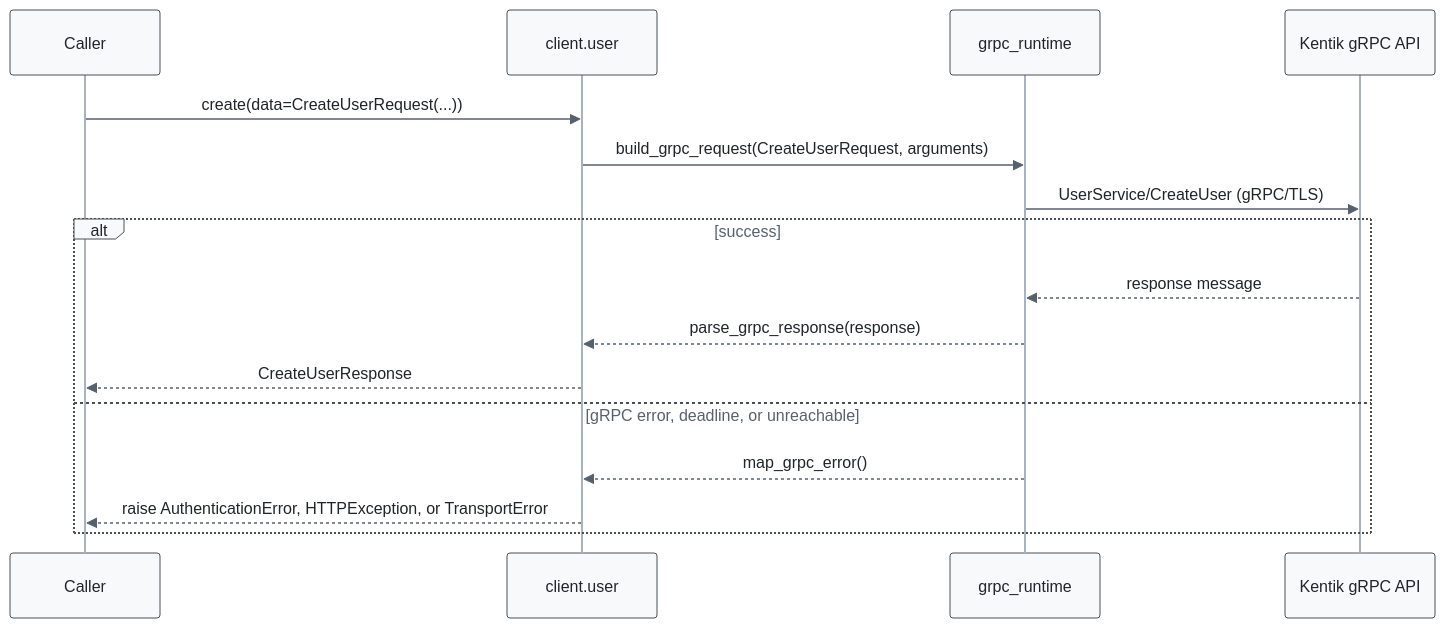
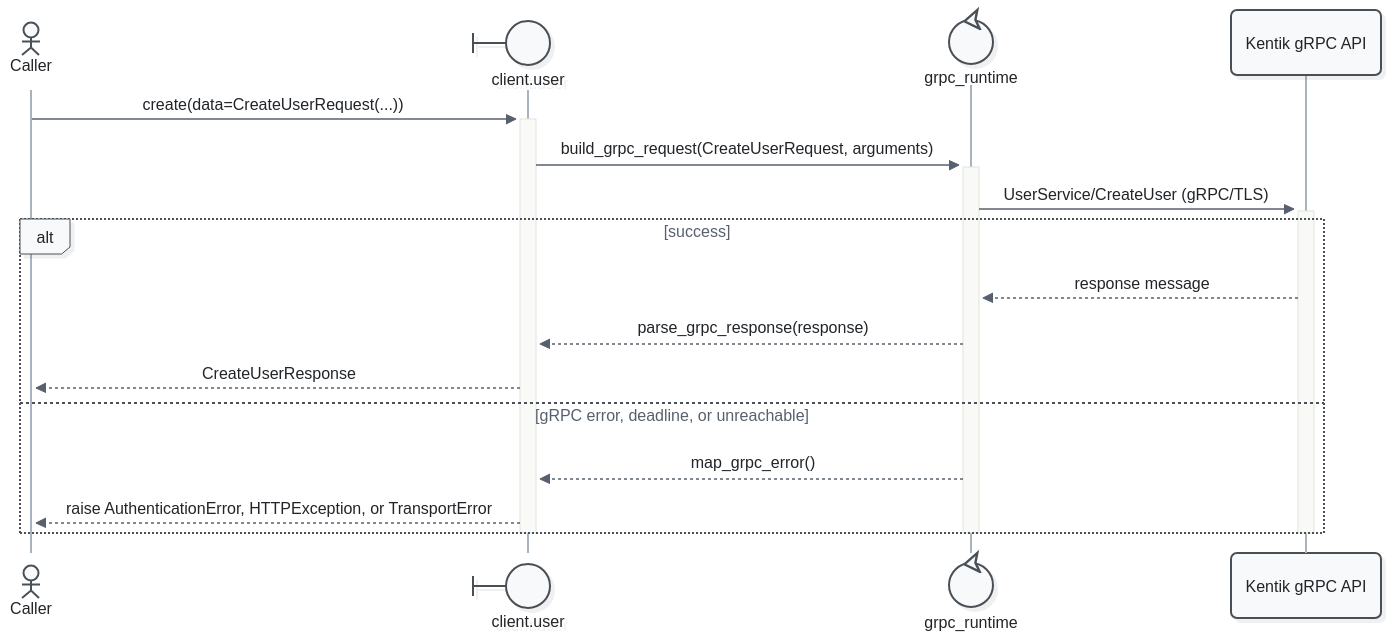
One commit to alexdearaujo/community_sdk_python changed the fourth of 15 diagrams in docs/sphinx/services/user.md. Above: the diagram before and after it, drawn with Mermaid. The commit also changed other lines of this file and 52 other files, not shown here.

First line of the commit message:
docs: Mermaid 12 sequence diagrams with participant types and path colors

````diff
--- a/docs/sphinx/services/user.md
+++ b/docs/sphinx/services/user.md
@@ -125,20 +132,23 @@
 ```mermaid
-%%{init: {"theme": "base", "fontFamily": "ui-monospace, SFMono-Regular, Menlo, monospace", "themeVariables": {"fontFamily": "ui-monospace, SFMono-Regular, Menlo, monospace", "primaryColor": "#f8f9fa", "primaryBorderColor": "#495057", "primaryTextColor": "#212529", "textColor": "#212529", "lineColor": "#77818c", "edgeLabelBackground": "#ffffff", "actorBkg": "#f8f9fa", "actorBorder": "#495057", "actorTextColor": "#212529", "actorLineColor": "#a9b3be", "signalColor": "#57616d", "signalTextColor": "#212529", "labelBoxBkgColor": "#f8f9fa", "labelBoxBorderColor": "#495057", "labelTextColor": "#212529", "loopTextColor": "#57616d", "noteBkgColor": "#fff9db", "noteBorderColor": "#f08c00", "noteTextColor": "#a35a00"}, "flowchart": {"curve": "step", "nodeSpacing": 30, "rankSpacing": 70, "wrappingWidth": 400}}}%%
+%%{init: {"theme": "redux", "look": "neo", "layout": "dagre", "fontFamily": "ui-monospace, SFMono-Regular, Menlo, monospace", "themeVariables": {"fontFamily": "ui-monospace, SFMono-Regular, Menlo, monospace", "primaryColor": "#f8f9fa", "primaryBorderColor": "#495057", "primaryTextColor": "#212529", "textColor": "#212529", "lineColor": "#77818c", "edgeLabelBackground": "#ffffff", "actorBkg": "#f8f9fa", "actorBorder": "#495057", "actorTextColor": "#212529", "actorLineColor": "#a9b3be", "signalColor": "#57616d", "signalTextColor": "#212529", "labelBoxBkgColor": "#f8f9fa", "labelBoxBorderColor": "#495057", "labelTextColor": "#212529", "loopTextColor": "#57616d", "noteBkgColor": "#fff9db", "noteBorderColor": "#f08c00", "noteTextColor": "#a35a00"}, "sequence": {"activationWidth": 16}, "flowchart": {"curve": "step", "nodeSpacing": 30, "rankSpacing": 70, "wrappingWidth": 400}}}%%
 sequenceDiagram
-    participant C as Caller
-    participant W as client.user
-    participant R as grpc_runtime
+    actor C as Caller
+    participant W@{ "type": "boundary" } as client.user
+    participant R@{ "type": "control" } as grpc_runtime
     participant API as Kentik gRPC API
 
-    C->>W: create(data=CreateUserRequest(...))
-    W->>R: build_grpc_request(CreateUserRequest, arguments)
-    R->>API: UserService/CreateUser (gRPC/TLS)
+    C->>+W: create(data=CreateUserRequest(...))
+    W->>+R: build_grpc_request(CreateUserRequest, arguments)
+    R->>+API: UserService/CreateUser (gRPC/TLS)
     alt success
         API-->>R: response message
         R-->>W: parse_grpc_response(response)
         W-->>C: CreateUserResponse
     else gRPC error, deadline, or unreachable
         R-->>W: map_grpc_error()
         W-->>C: raise AuthenticationError, HTTPException, or TransportError
     end
+    deactivate API
+    deactivate R
+    deactivate W
 ```
````
